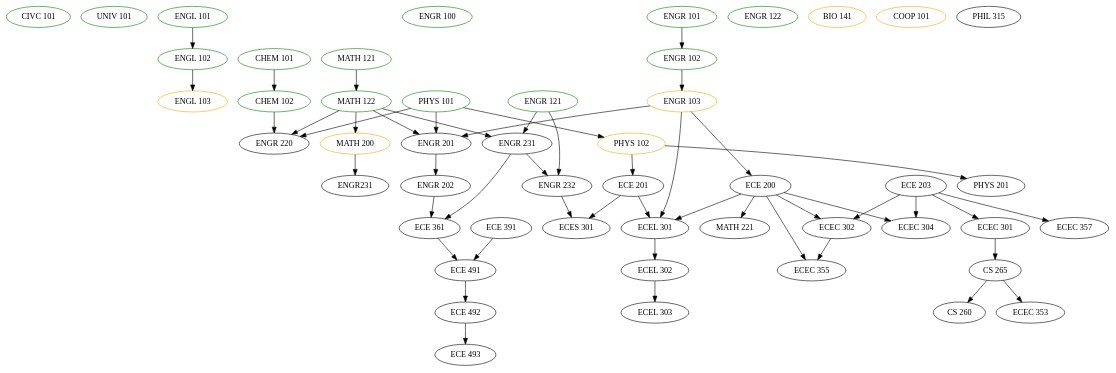
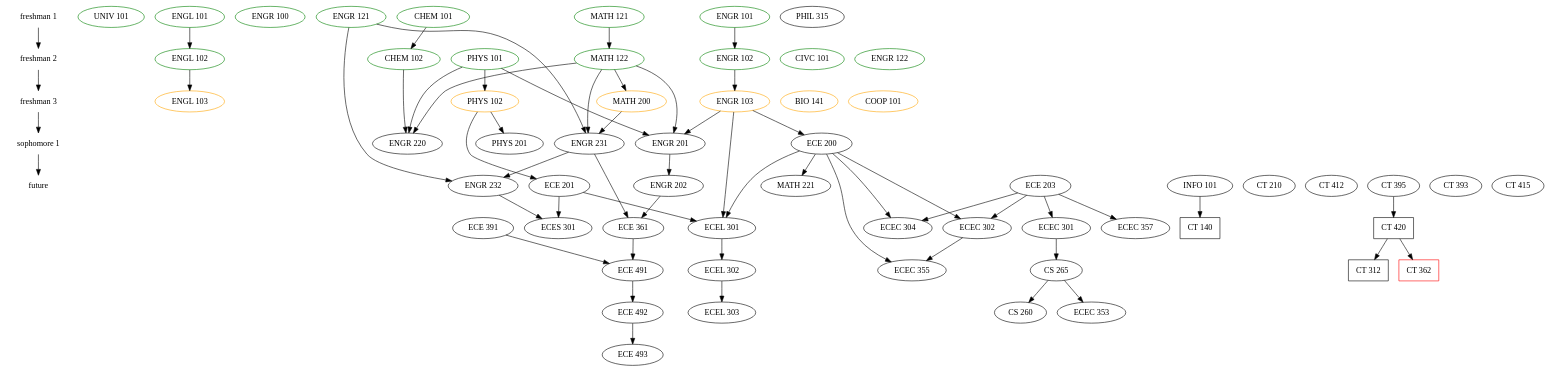
Before and after one commit to Theodus/coursework: the diagram in classes.gv, drawn with Graphviz.

Commit message:
initial rank

```diff
--- a/classes.gv
+++ b/classes.gv
@@ -1,57 +1,107 @@
 digraph Classes {
 
-  { node [color=green]
-    "CIVC 101"
-    "UNIV 101"
-    "ENGL 101" "ENGL 102"
-    "ENGR 100"
-    "CHEM 101" "CHEM 102"
-    "ENGR 101" "ENGR 102"
-    "ENGR 121" "ENGR 122"
-    "MATH 121" "MATH 122"
-    "PHYS 101"
+  { node [shape=plaintext]
+    "freshman 1" ->
+    "freshman 2" ->
+    "freshman 3" ->
+    "sophomore 1" ->
+    "future"
   }
 
+  { node [color=green]
+    { rank=same "freshman 1"
+      "UNIV 101"
+      "ENGL 101"
+      "ENGR 100"
+      "CHEM 101"
+      "ENGR 101"
+      "ENGR 121"
+      "MATH 121"
+    }
+    { rank=same "freshman 2"
+      "CIVC 101"
+      "ENGL 102"
+      "CHEM 102"
+      "ENGR 102"
+      "ENGR 122"
+      "MATH 122"
+      "PHYS 101"
+    }
+  }
   { node [color=orange]
-    "ENGL 103"
-    "ENGR 103"
-    "BIO 141"
-    "COOP 101"
-    "PHYS 102"
-    "MATH 200"
+    { rank=same "freshman 3"
+      "ENGL 103"
+      "ENGR 103"
+      "BIO 141"
+      "COOP 101"
+      "PHYS 102"
+      "MATH 200"
+    }
+  }
+  { rank=same "sophomore 1"
+    "ENGR 231"
+    "PHYS 201"
+    "ENGR 220"
+    "ECE 200"
+    "ENGR 201"
+  }
+  { rank=same "future"
+    "ECE 203"
+    "ECE 201"
+
+    "INFO 101"
+    "CT 210"
+    "CT 412"
+    "CT 395"
+    "CT 393"
+    "CT 415"
   }
 
   // General Education/Liberal Studies
 
   "CIVC 101"
   "ENGL 101" -> "ENGL 102" -> "ENGL 103"
   "PHIL 315"
   "UNIV 101"
 
   // Foundation Requirements
 
   "BIO 141"
   "CHEM 101" -> "CHEM 102"
   "PHYS 101" -> "PHYS 102" -> "PHYS 201"
   "PHYS 102" -> "ECE 201"
-  "MATH 121" -> "MATH 122" -> "MATH 200" -> "ENGR231"
+  "MATH 121" -> "MATH 122" -> "MATH 200" -> "ENGR 231"
   "ENGR 101" -> "ENGR 102" -> "ENGR 103" -> "ECE 200" -> "MATH 221"
   "ECE 203"
   {"MATH 122" "PHYS 101" "ENGR 103"} -> "ENGR 201" -> "ENGR 202"
   {"CHEM 102" "MATH 122" "PHYS 101"} -> "ENGR 220"
   {"MATH 122" "ENGR 121"} -> "ENGR 231"
   {"ENGR 231" "ENGR 121"} -> "ENGR 232"
 
   // Professional Requirements
 
   "ECE 203" -> "ECEC 301" -> "CS 265" -> "CS 260"
   {"ENGR 202" "ENGR 231"} -> "ECE 361"
   {"ECE 391" "ECE 361"} -> "ECE 491" -> "ECE 492" -> "ECE 493"
   {"ECE 203" "ECE 200"} -> "ECEC 302"
   {"ECE 200" "ECE 203"} -> "ECEC 304"
   "CS 265" -> "ECEC 353"
   {"ECE 200" "ECEC 302"} -> "ECEC 355"
   "ECE 203" -> "ECEC 357"
   {"ENGR 103" "ECE 200" "ECE 201"} -> "ECEL 301" -> "ECEL 302" -> "ECEL 303"
   {"ENGR 232" "ECE 201"} -> "ECES 301"
+
+  // Minor in Security Technology
+
+  node [shape=box]
+  "INFO 101" -> "CT 140"
+  "CT 210"
+  "CT 412"
+  "CT 395" -> "CT 420" -> "CT 312"
+
+  { node [shape=box, color=red]
+    "CT 420" -> "CT 362"
+    "CT 393"
+    "CT 415"
+  }
 }
```
